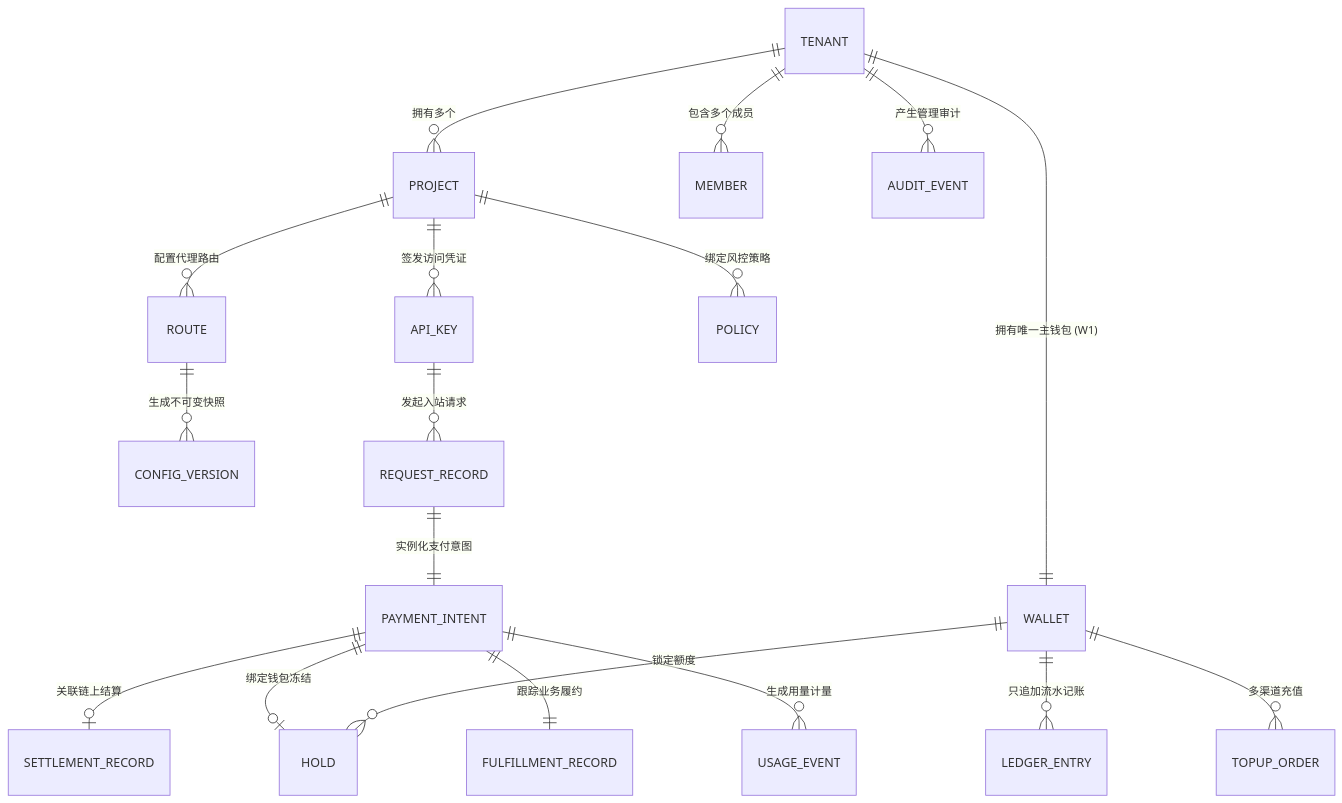
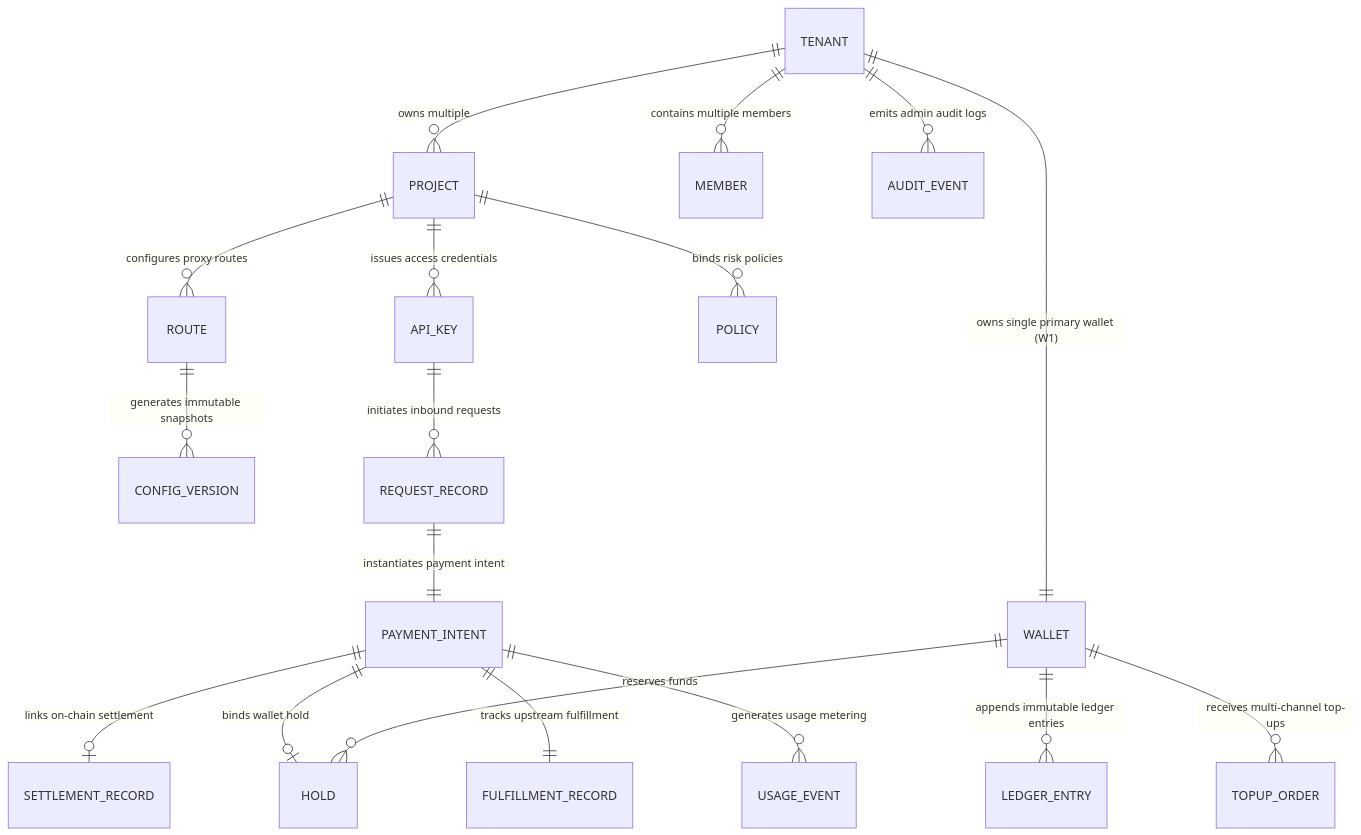
The diagram in specs/multitenant-data-model.md (open-agentpay/AgentPay), drawn with Mermaid before and after one commit. The commit also changed other lines of this file and 70 other files, not shown here.

````diff
--- a/specs/multitenant-data-model.md
+++ b/specs/multitenant-data-model.md
@@ -17,25 +17,25 @@
 ```mermaid
 erDiagram
-    TENANT ||--o{ PROJECT : "拥有多个"
-    TENANT ||--o{ MEMBER : "包含多个成员"
-    TENANT ||--|| WALLET : "拥有唯一主钱包 (W1)"
-    TENANT ||--o{ AUDIT_EVENT : "产生管理审计"
+    TENANT ||--o{ PROJECT : "owns multiple"
+    TENANT ||--o{ MEMBER : "contains multiple members"
+    TENANT ||--|| WALLET : "owns single primary wallet (W1)"
+    TENANT ||--o{ AUDIT_EVENT : "emits admin audit logs"
     
-    PROJECT ||--o{ API_KEY : "签发访问凭证"
-    PROJECT ||--o{ ROUTE : "配置代理路由"
-    PROJECT ||--o{ POLICY : "绑定风控策略"
+    PROJECT ||--o{ API_KEY : "issues access credentials"
+    PROJECT ||--o{ ROUTE : "configures proxy routes"
+    PROJECT ||--o{ POLICY : "binds risk policies"
     
-    WALLET ||--o{ HOLD : "锁定额度"
-    WALLET ||--o{ LEDGER_ENTRY : "只追加流水记账"
-    WALLET ||--o{ TOPUP_ORDER : "多渠道充值"
+    WALLET ||--o{ HOLD : "reserves funds"
+    WALLET ||--o{ LEDGER_ENTRY : "appends immutable ledger entries"
+    WALLET ||--o{ TOPUP_ORDER : "receives multi-channel top-ups"
     
-    ROUTE ||--o{ CONFIG_VERSION : "生成不可变快照"
+    ROUTE ||--o{ CONFIG_VERSION : "generates immutable snapshots"
     
-    API_KEY ||--o{ REQUEST_RECORD : "发起入站请求"
-    REQUEST_RECORD ||--|| PAYMENT_INTENT : "实例化支付意图"
+    API_KEY ||--o{ REQUEST_RECORD : "initiates inbound requests"
+    REQUEST_RECORD ||--|| PAYMENT_INTENT : "instantiates payment intent"
     
-    PAYMENT_INTENT ||--o| HOLD : "绑定钱包冻结"
-    PAYMENT_INTENT ||--o| SETTLEMENT_RECORD : "关联链上结算"
-    PAYMENT_INTENT ||--|| FULFILLMENT_RECORD : "跟踪业务履约"
-    PAYMENT_INTENT ||--o{ USAGE_EVENT : "生成用量计量"
+    PAYMENT_INTENT ||--o| HOLD : "binds wallet hold"
+    PAYMENT_INTENT ||--o| SETTLEMENT_RECORD : "links on-chain settlement"
+    PAYMENT_INTENT ||--|| FULFILLMENT_RECORD : "tracks upstream fulfillment"
+    PAYMENT_INTENT ||--o{ USAGE_EVENT : "generates usage metering"
 ```
````
